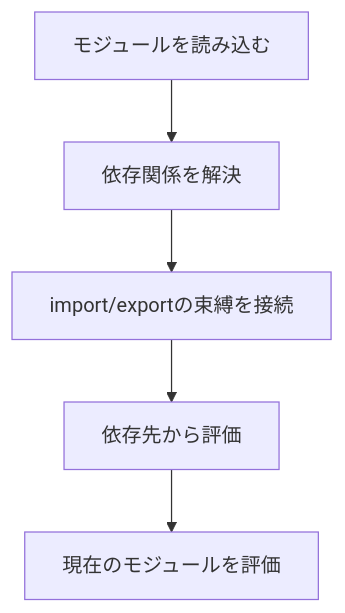
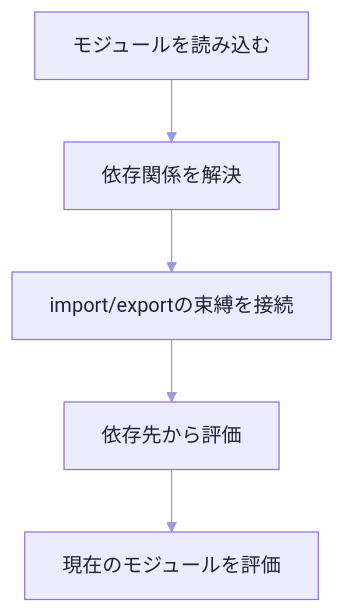
One commit to nagahara-naoki/zenn changed the second of 2 diagrams in articles/2e4f06278d7b1c.md. Above: the diagram before and after it, drawn with Mermaid. The commit also changed other lines of this file, not shown here.

Commit message:
JavaScriptの巻き上げを図で理解する

````diff
--- a/articles/2e4f06278d7b1c.md
+++ b/articles/2e4f06278d7b1c.md
@@ -126,7 +139,8 @@
 ```mermaid
+%%{init: {'themeVariables': {'primaryColor': '#eaeafd', 'primaryBorderColor': '#5b5bd6', 'primaryTextColor': '#1f2430', 'lineColor': '#9a9ae0', 'textColor': '#1f2430', 'edgeLabelBackground': '#eaeafd', 'tertiaryColor': '#f4f4fe', 'tertiaryBorderColor': '#5b5bd6', 'tertiaryTextColor': '#1f2430'}}}%%
 flowchart TD
     A[モジュールを読み込む] --> B[依存関係を解決]
     B --> C[import/exportの束縛を接続]
     C --> D[依存先から評価]
     D --> E[現在のモジュールを評価]
 ```
````
